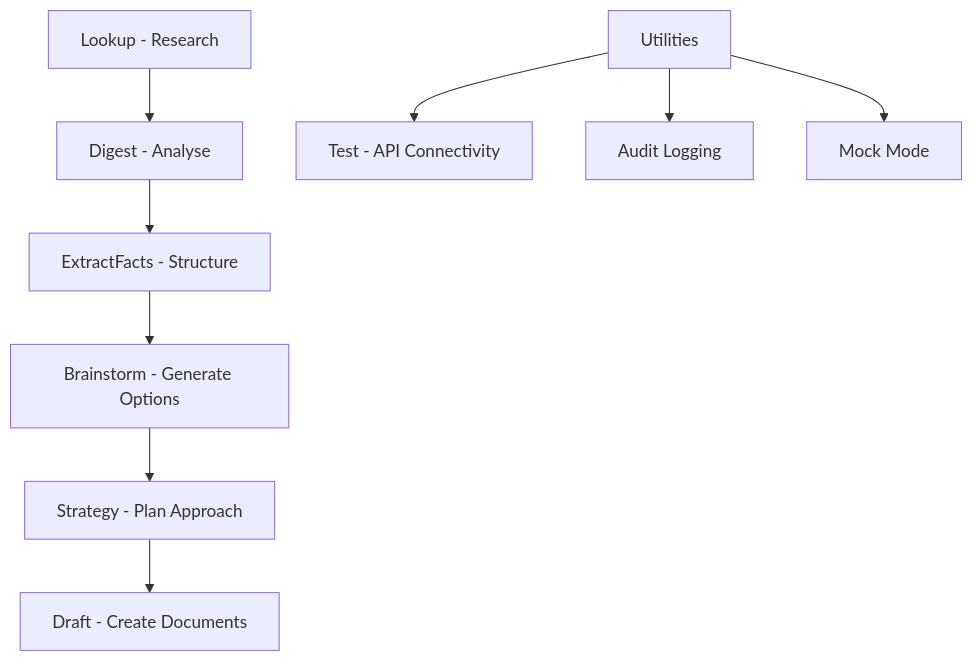
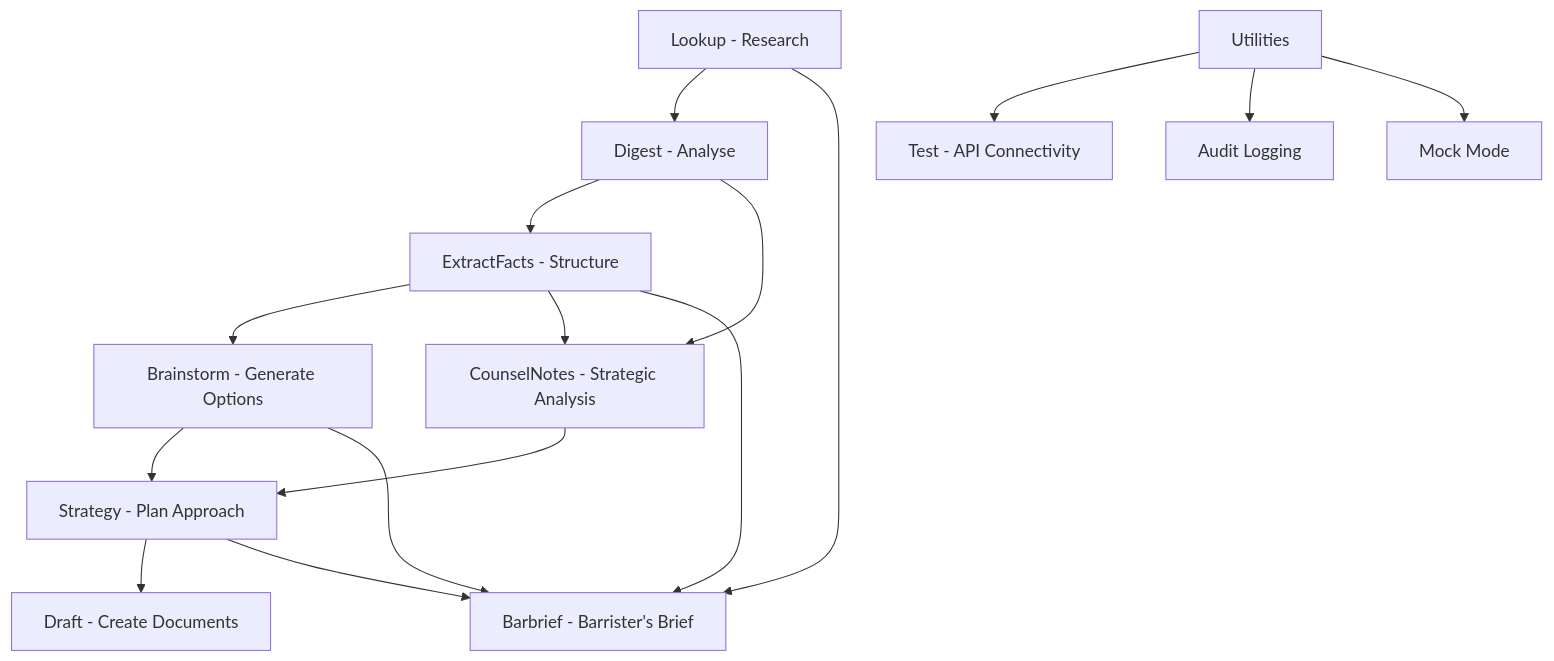
Before and after one commit to agelastic/litassist-priv: the diagram in README.md, drawn with Mermaid. The commit also changed other lines of this file and 5 other files, not shown here.

First line of the commit message:
Add CounselNotes & Barbrief commands and update docs for January 2025 improvements

````diff
--- a/README.md
+++ b/README.md
@@ -5,12 +5,21 @@
 ```mermaid
 graph TD
     A["Lookup - Research"] --> B["Digest - Analyse"]
     B --> C["ExtractFacts - Structure"]
     C --> D["Brainstorm - Generate Options"]
     D --> E["Strategy - Plan Approach"]
     E --> F["Draft - Create Documents"]
     
+    B --> K["CounselNotes - Strategic Analysis"]
+    C --> K
+    K --> E
+    
+    C --> L["Barbrief - Barrister's Brief"]
+    D --> L
+    E --> L
+    A --> L
+    
     G[Utilities] --> H["Test - API Connectivity"]
     G --> I["Audit Logging"]
     G --> J["Mock Mode"]
 ```
````
